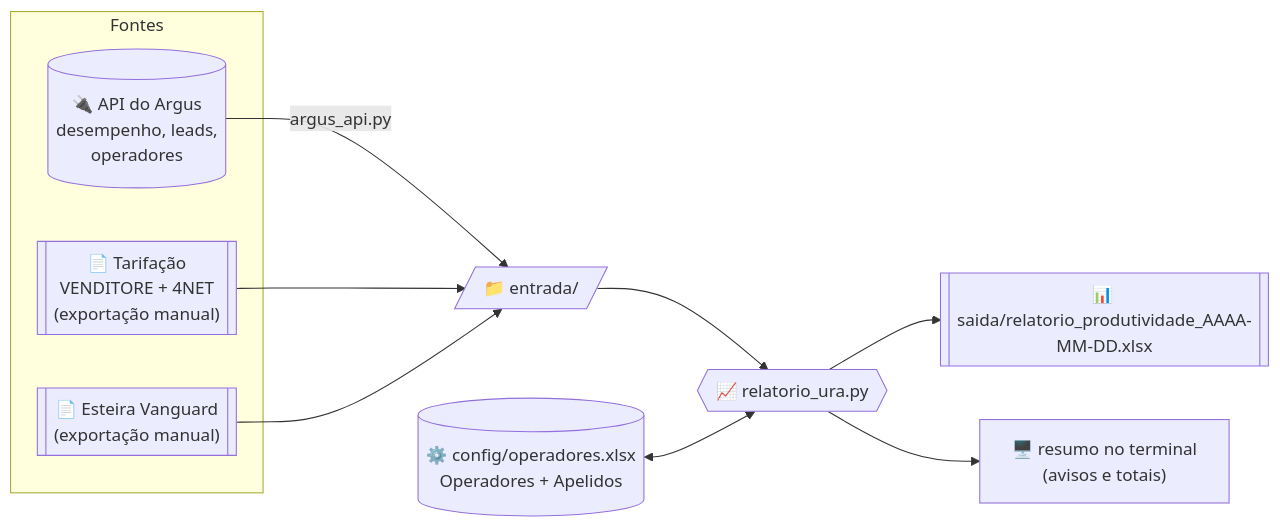
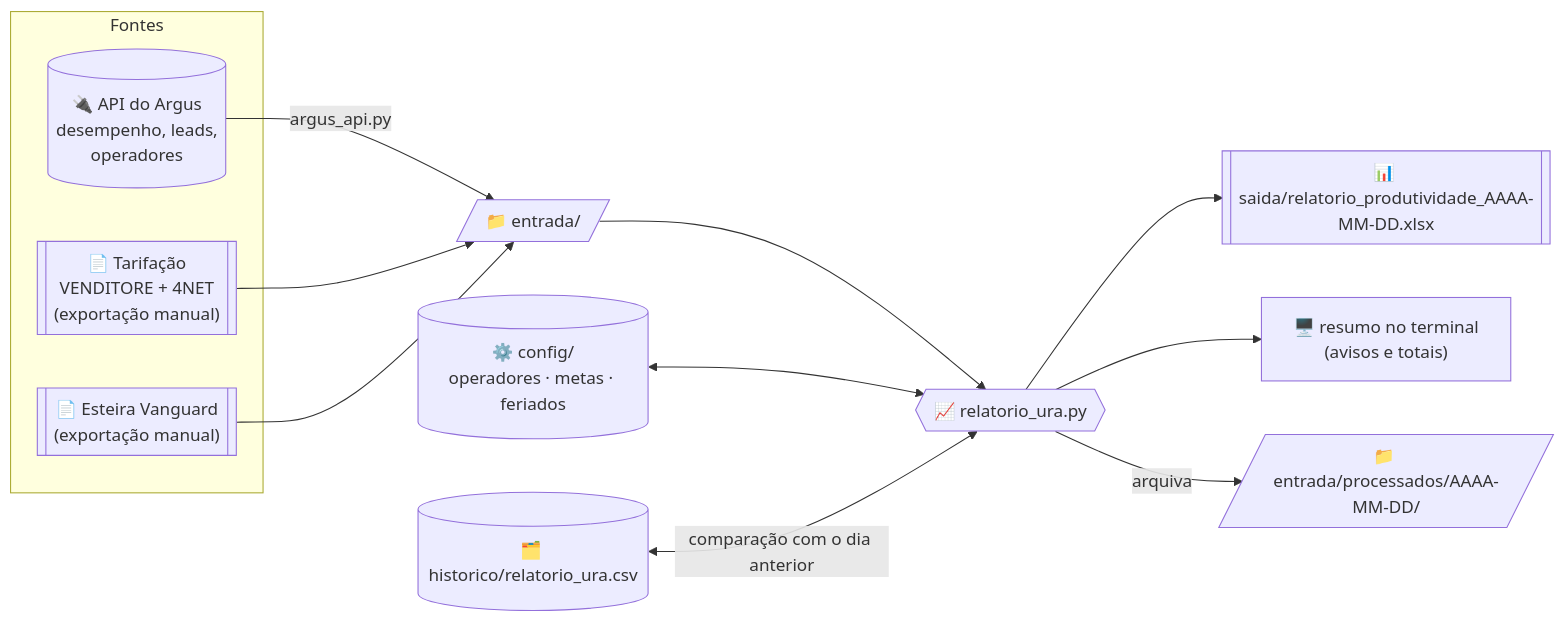
Before and after one commit to nanzinx/Benzaiten: the diagram in README.md, drawn with Mermaid. The commit also changed other lines of this file and 9 other files, not shown here.

First line of the commit message:
Adiciona rotina em um clique, feriados, histórico, comparação e metas

````diff
--- a/README.md
+++ b/README.md
@@ -63,15 +67,17 @@
 ```mermaid
 flowchart LR
     subgraph Fontes
         A[("🔌 API do Argus<br/>desempenho, leads,<br/>operadores")]
         B[["📄 Tarifação<br/>VENDITORE + 4NET<br/>(exportação manual)"]]
         C[["📄 Esteira Vanguard<br/>(exportação manual)"]]
     end
     A -->|argus_api.py| E[/"📁 entrada/"/]
     B --> E
     C --> E
     E --> R{{"📈 relatorio_ura.py"}}
-    K[("⚙️ config/operadores.xlsx<br/>Operadores + Apelidos")] <--> R
+    K[("⚙️ config/<br/>operadores · metas · feriados")] <--> R
+    H[("🗂️ historico/relatorio_ura.csv")] <-->|comparação com o dia anterior| R
     R --> S[["📊 saida/relatorio_produtividade_AAAA-MM-DD.xlsx"]]
     R --> T["🖥️ resumo no terminal<br/>(avisos e totais)"]
+    R -->|arquiva| P[/"📁 entrada/processados/AAAA-MM-DD/"/]
 ```
````
